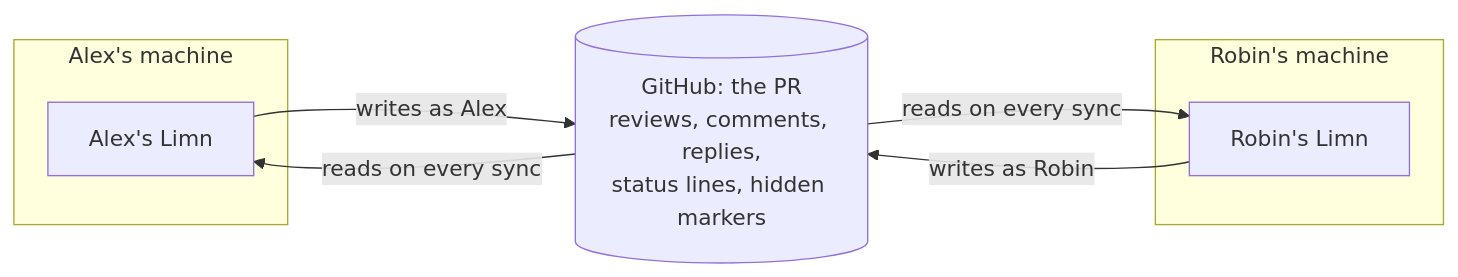
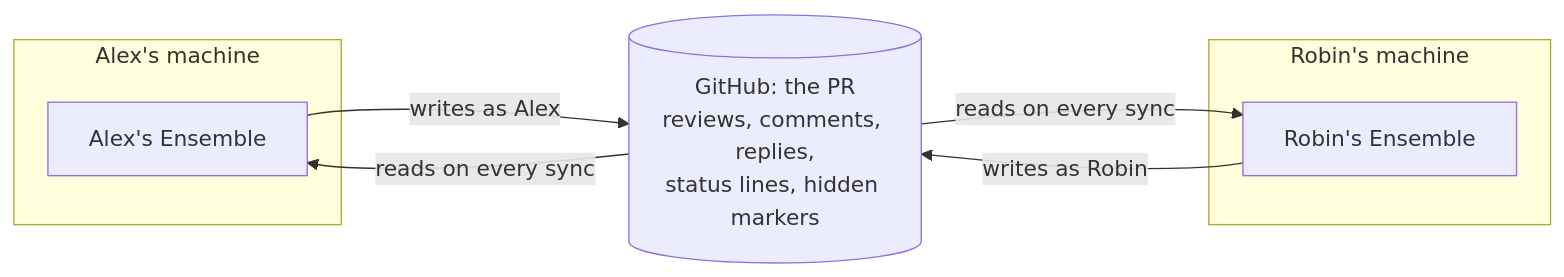
Before and after one commit to alexwakeman/pierre-review: the first of 8 diagrams in docs/TEAM-REVIEW.md, drawn with Mermaid. The commit also changed other lines of this file and 151 other files, not shown here.

````diff
--- a/docs/TEAM-REVIEW.md
+++ b/docs/TEAM-REVIEW.md
@@ -20,14 +20,14 @@
 ```mermaid
 flowchart LR
   subgraph A[Alex's machine]
-    LA[Alex's Limn]
+    LA[Alex's Ensemble]
   end
   subgraph R[Robin's machine]
-    LR[Robin's Limn]
+    LR[Robin's Ensemble]
   end
   GH[(GitHub: the PR<br/>reviews, comments, replies,<br/>status lines, hidden markers)]
   LA -- "writes as Alex" --> GH
   LR -- "writes as Robin" --> GH
   GH -- "reads on every sync" --> LA
   GH -- "reads on every sync" --> LR
 ```
````
